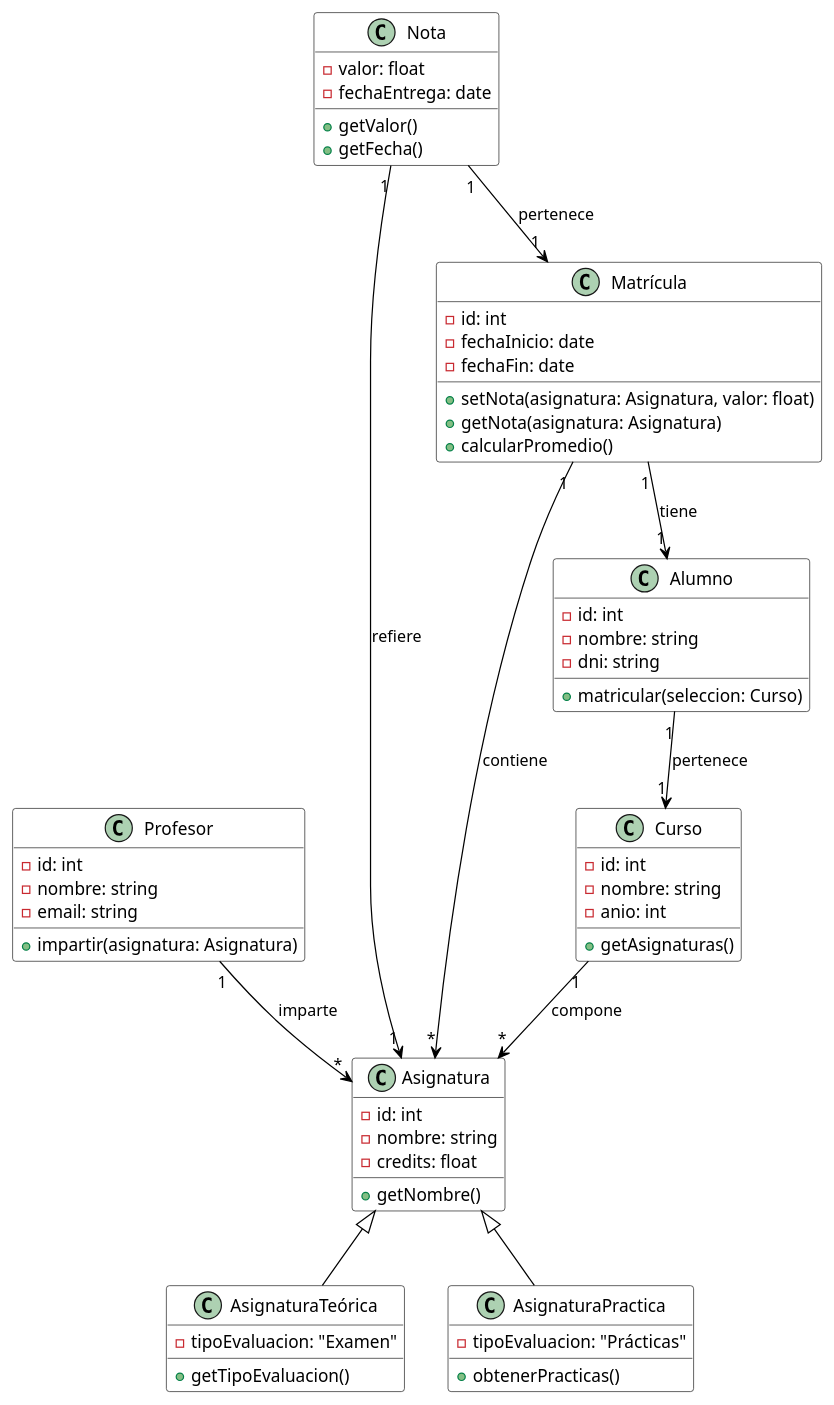
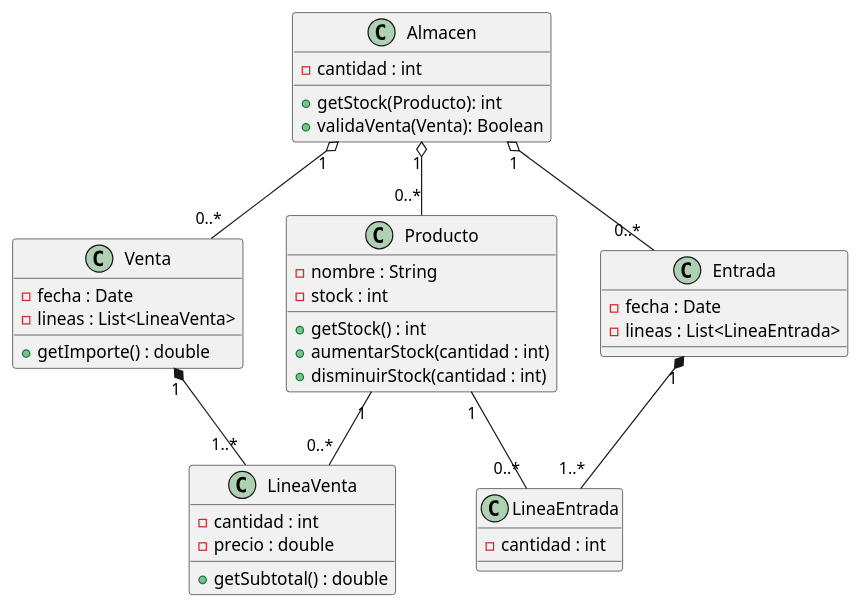
Before and after one commit to alvarogonzalezsotillo/apuntes-clase: the third of 3 diagrams in entornos-de-desarrollo/apuntes/6/ED-06-uml.org, drawn with PlantUML. The commit also changed other lines of this file and 2 other files, not shown here.

Commit message:
otro ejemplo

```diff
--- a/entornos-de-desarrollo/apuntes/6/ED-06-uml.org
+++ b/entornos-de-desarrollo/apuntes/6/ED-06-uml.org
@@ -180,92 +168,52 @@
-#+begin_src plantuml :file media/profesores-y-asignaturas-local.svg
+#+begin_src plantuml :file media/stock-almacen.svg
+  @startuml
 
-@startuml
-skinparam class {
-    BackgroundColor White
-    BorderColor Black
-    FontColor Black
-    ArrowColor Black
+class Producto {
+  - nombre : String
+  - stock : int
+  + getStock() : int
+  + aumentarStock(cantidad : int)
+  + disminuirStock(cantidad : int)
 }
 
-' Definición de clases principales
-
-class Profesor {
-    - id: int
-    - nombre: string
-    - email: string
-    + impartir(asignatura: Asignatura)
+class Venta {
+  - fecha : Date
+  - lineas : List<LineaVenta>
+  + getImporte() : double
 }
 
-class Asignatura  {
-    - id: int
-    - nombre: string
-    - credits: float
-    + getNombre()
+class LineaVenta {
+  - cantidad : int
+  - precio : double
+  + getSubtotal() : double
 }
 
-class AsignaturaTeórica extends Asignatura {
-    - tipoEvaluacion: "Examen"
-    + getTipoEvaluacion()
+class Entrada {
+  - fecha : Date
+  - lineas : List<LineaEntrada>
 }
 
-class AsignaturaPractica extends Asignatura {
-    - tipoEvaluacion: "Prácticas"
-    + obtenerPracticas()
+class LineaEntrada {
+  - cantidad : int
 }
 
-class Alumno {
-    - id: int
-    - nombre: string
-    - dni: string
-    + matricular(seleccion: Curso)
+class Almacen {
+  - cantidad : int
+  + getStock(Producto): int
+  + validaVenta(Venta): Boolean      
 }
 
-class Curso {
-    - id: int
-    - nombre: string
-    - anio: int
-    + getAsignaturas()
-}
+Almacen "1" o-- "0..*" Producto
+Almacen "1" o-- "0..*" Venta
+Almacen "1" o-- "0..*" Entrada
 
-class Matrícula {
-    - id: int
-    - fechaInicio: date
-    - fechaFin: date
-    + setNota(asignatura: Asignatura, valor: float)
-    + getNota(asignatura: Asignatura)
-    + calcularPromedio()
-}
 
-class Nota {
-    - valor: float
-    - fechaEntrega: date
-    + getValor()
-    + getFecha()
-}
 
-' Relaciones y Asociaciones
+Producto "1" -- "0..*" LineaVenta
+Producto "1" -- "0..*" LineaEntrada
 
-' 1. Un Profesor puede impartir varias asignaturas
-Profesor "1" --> "*" Asignatura : imparte
-
-' 2. Un Curso se compone de varias asignaturas
-Curso "1" --> "*" Asignatura : compone
-
-' 3. Un Alumno solo pertenece a un curso
-Alumno "1" --> "1" Curso : pertenece
-
-' 4. Una matrícula tiene un alumno
-Matrícula "1" --> "1" Alumno : tiene
-
-' 5. Una matrícula se compone de asignaturas (asignaturas en las que está matriculado el alumno en ese periodo)
-Matrícula "1" --> "*" Asignatura : contiene
-
-' 6. Las notas de los alumnos en asignaturas se guardan en la clase Nota
-Nota "1" --> "1" Asignatura : refiere
-
-' 7. La relación entre Nota y Alumno/Matrícula (implícita en la estructura de matrícula)
-' Normalmente una Nota se guarda dentro de la Matrícula, pero pertenece a una Asignatura
-Nota "1" --> "1" Matrícula : pertenece
+Venta "1" *-- "1..*" LineaVenta
+Entrada "1" *-- "1..*" LineaEntrada
 
 
 
```
